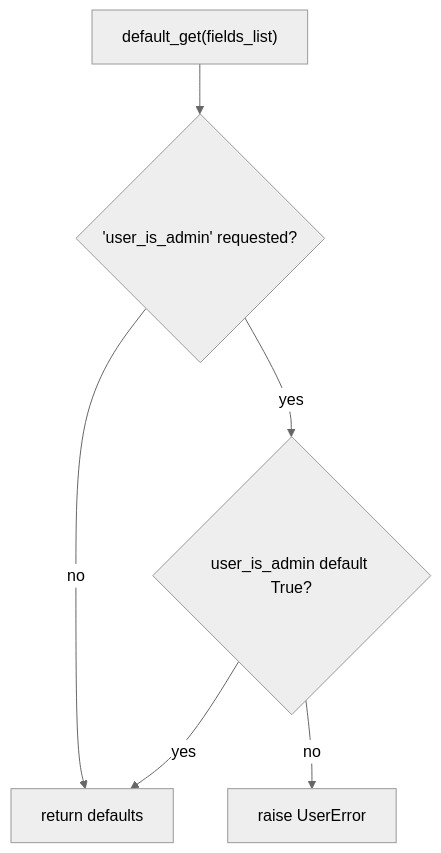
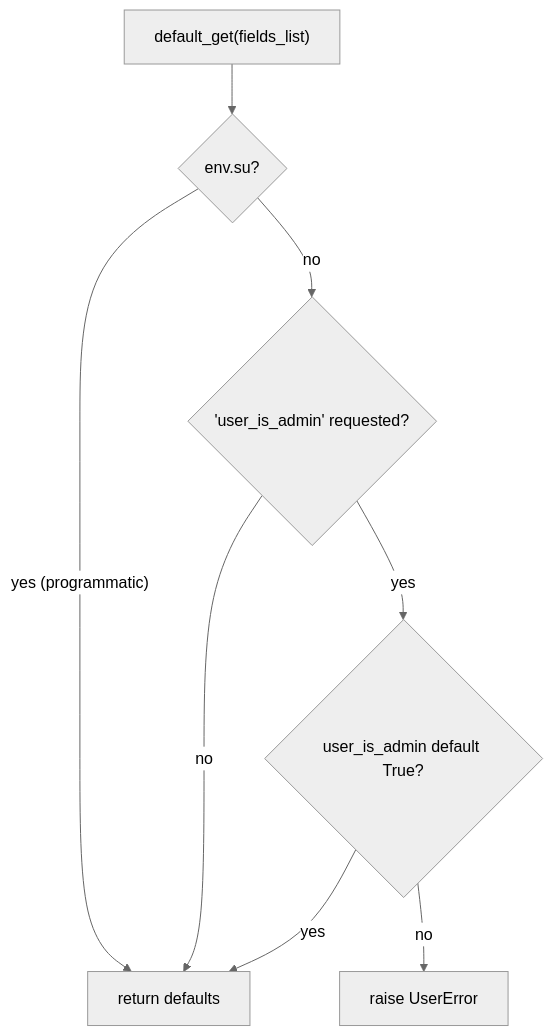
The first of 2 diagrams in docs/en/developers/contacts/enrollment.md (ElPuig/EMS), drawn with Mermaid (neutral theme) before and after one commit. The commit also changed other lines of this file and 5 other files, not shown here.

````diff
--- a/docs/en/developers/contacts/enrollment.md
+++ b/docs/en/developers/contacts/enrollment.md
@@ -28,8 +28,10 @@
 ```mermaid
 flowchart TD
-    A["default_get(fields_list)"] --> B{"'user_is_admin' requested?"}
-    B -- no --> Z[return defaults]
-    B -- yes --> C{"user_is_admin default True?"}
-    C -- yes --> Z
-    C -- no --> D["raise UserError"]
+    A["default_get(fields_list)"] --> B{"env.su?"}
+    B -- yes (programmatic) --> Z[return defaults]
+    B -- no --> C{"'user_is_admin' requested?"}
+    C -- no --> Z
+    C -- yes --> D{"user_is_admin default True?"}
+    D -- yes --> Z
+    D -- no --> E["raise UserError"]
 ```
````
